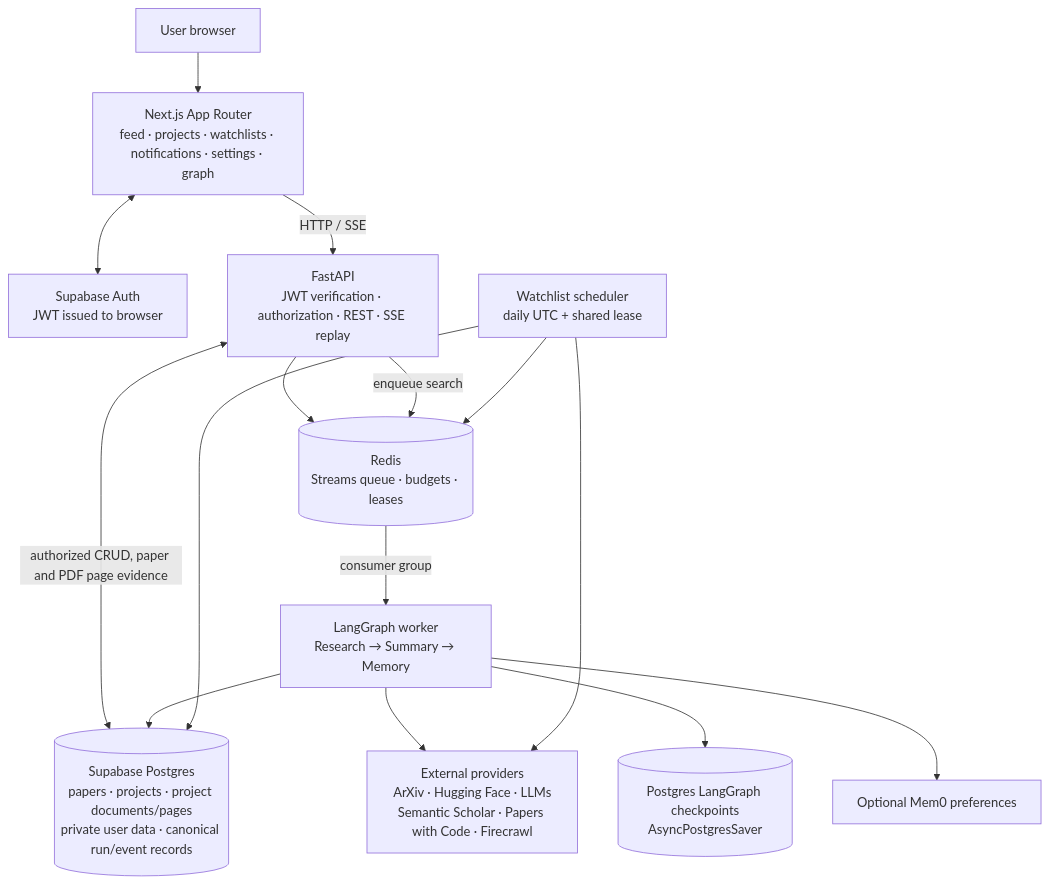
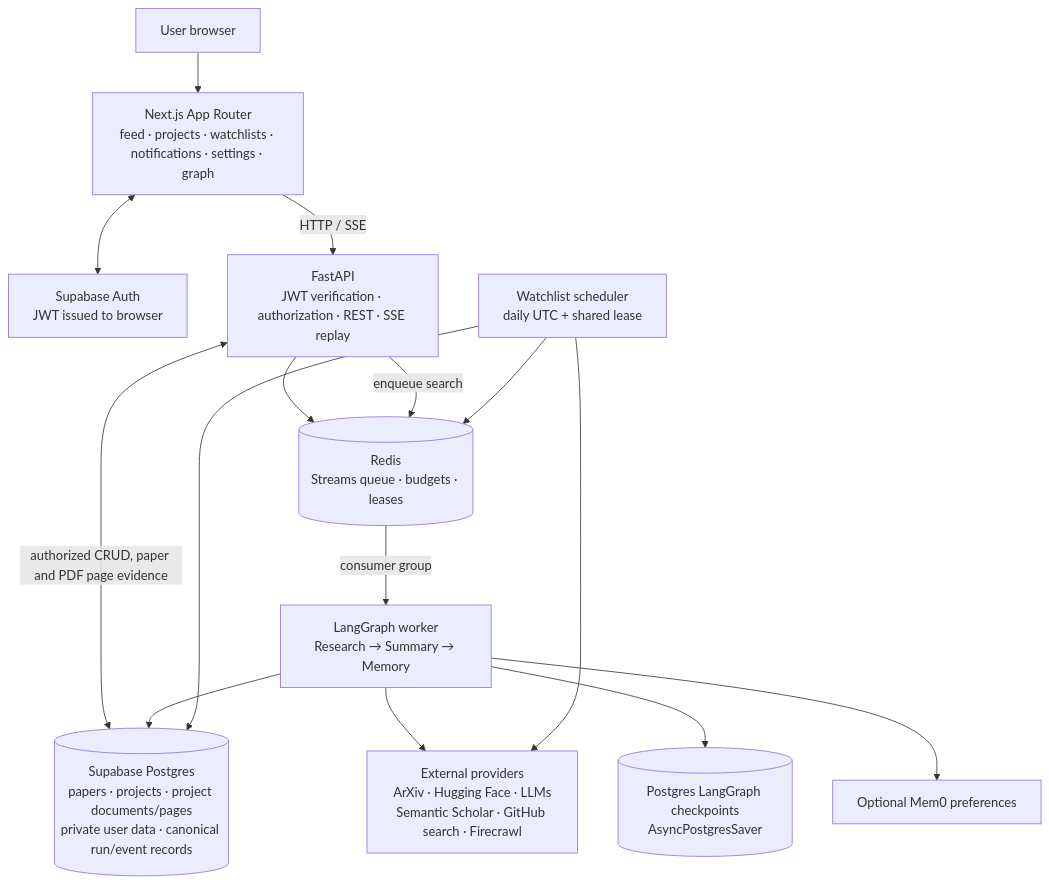
One commit to mahirmlk/Zenith changed the diagram in ARCHITECTURE.md. Above: the diagram before and after it, drawn with Mermaid. The commit also changed other lines of this file and 155 other files, not shown here.

````diff
--- a/ARCHITECTURE.md
+++ b/ARCHITECTURE.md
@@ -19,29 +21,29 @@
 ```mermaid
 flowchart TB
   Browser[User browser]
   Frontend[Next.js App Router<br/>feed · projects · watchlists · notifications · settings · graph]
   Auth[Supabase Auth<br/>JWT issued to browser]
   API[FastAPI<br/>JWT verification · authorization · REST · SSE replay]
   DB[(Supabase Postgres<br/>papers · projects · project documents/pages<br/>private user data · canonical run/event records)]
   Redis[(Redis<br/>Streams queue · budgets · leases)]
   Worker[LangGraph worker<br/>Research → Summary → Memory]
   Checkpoints[(Postgres LangGraph checkpoints<br/>AsyncPostgresSaver)]
   Scheduler[Watchlist scheduler<br/>daily UTC + shared lease]
-  Providers[External providers<br/>ArXiv · Hugging Face · LLMs<br/>Semantic Scholar · Papers with Code · Firecrawl]
+  Providers[External providers<br/>ArXiv · Hugging Face · LLMs<br/>Semantic Scholar · GitHub search · Firecrawl]
   Memory[Optional Mem0 preferences]
 
   Browser --> Frontend
   Frontend <--> Auth
   Frontend -->|HTTP / SSE| API
   API <-->|authorized CRUD, paper and PDF page evidence| DB
   API --> Redis
   API -->|enqueue search| Redis
   Redis -->|consumer group| Worker
   Worker --> Providers
   Worker --> DB
   Worker --> Checkpoints
   Worker --> Memory
   Scheduler --> Redis
   Scheduler --> Providers
   Scheduler --> DB
 ```
````
